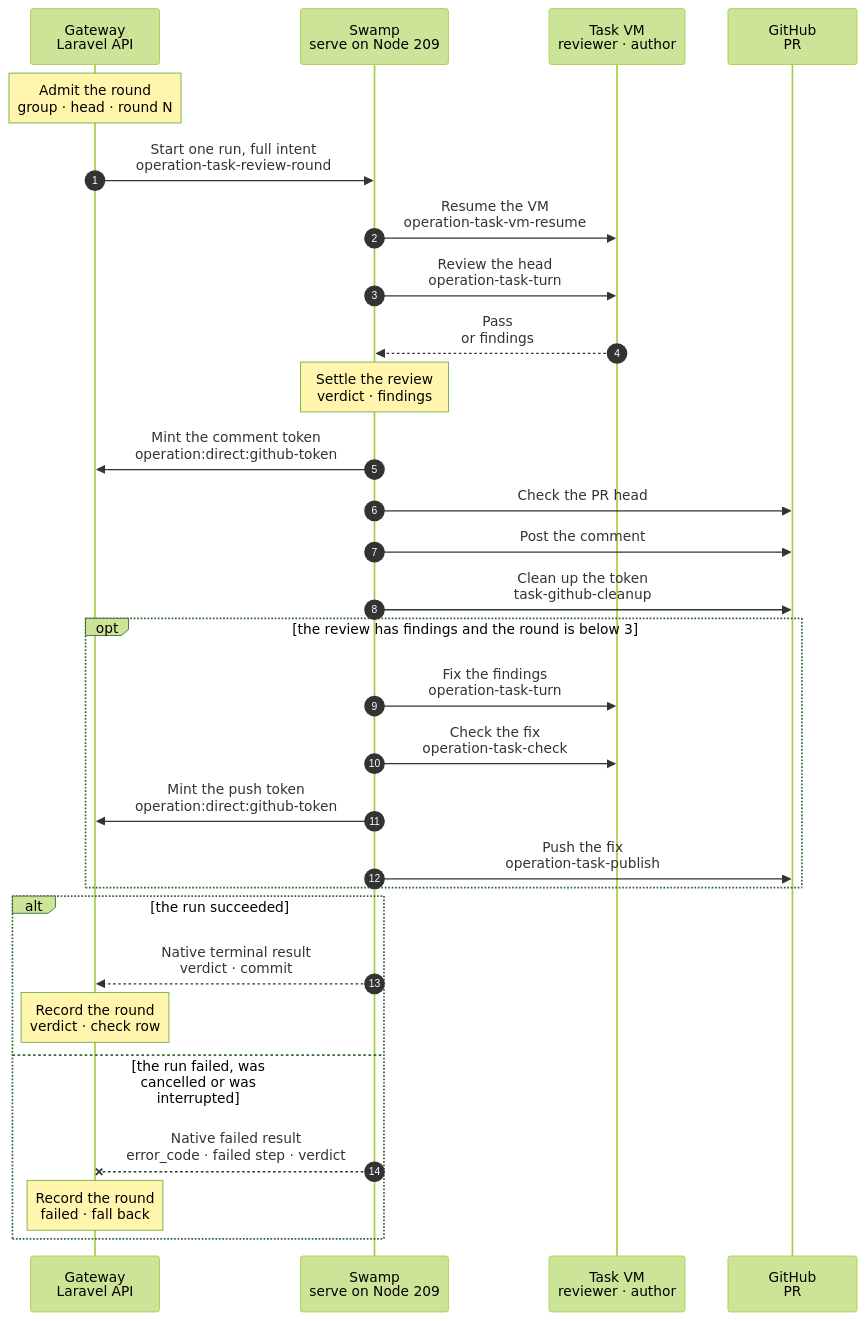
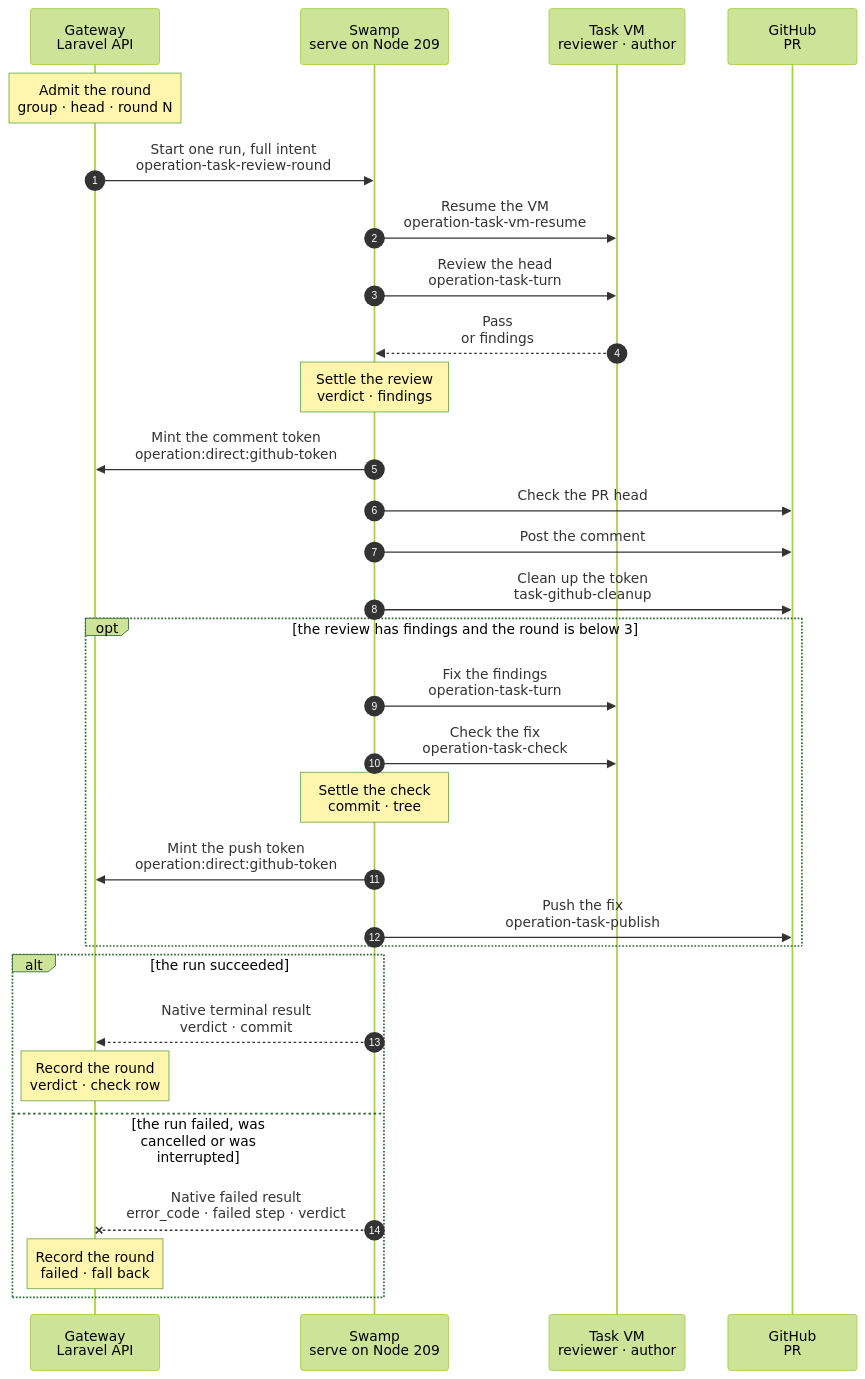
The diagram in docs/cli/tasks/review-round.mmd (hardimpactdev/orbit), drawn with Mermaid (forest theme) before and after one commit. The commit also changed 38 other files, not shown here.

First line of the commit message:
feat(tasks): one Swamp run for each automatic review round

```diff
--- a/docs/cli/tasks/review-round.mmd
+++ b/docs/cli/tasks/review-round.mmd
@@ -1,102 +1,108 @@
 sequenceDiagram
-  %% Target design: stage 4 of the command development pipeline (docs/reference/pipeline/4-pr-and-ci.mmd, "Admit a review round"): one Swamp run per round. The pattern of tasks:prep-fix: one admission, one parent Swamp run, existing workflows as children. It replaces the gate check driving the reviewer turn, the comment and the fix one admission at a time. Decided by the orchestrator, for Nick's review.
+  %% Target design: stage 4 of the command development pipeline (docs/reference/pipeline/4-pr-and-ci.mmd, "Admit a review round"): one Swamp run per round. The pattern of tasks:prep-fix: one admission, one parent Swamp run, existing workflows as children. It replaces the gate check driving the reviewer turn, the comment and the fix one admission at a time (about 60 s per hop). The comment steps are steps of this run; the standalone `tasks.pr_comment` operation and its chart are gone. Decided by the orchestrator, for Nick's review.
   %% status: draft
   %% kind: tasks.review_round
   autonumber
   %% lane GW icon=gateway pill=intent tone=blue
   %% lane SW icon=workflow pill=executes tone=green
   %% lane VM icon=terminal pill=target tone=amber
   %% lane GH icon=server pill=target tone=purple
   participant GW as Gateway<br/>Laravel API
   participant SW as Swamp<br/>serve on Node 209
   participant VM as Task VM<br/>reviewer · author
   participant GH as GitHub<br/>PR
   Note over GW: Admit the round<br/>group · head · round N
   %%> Who calls it:
   %%> - the gate check `tasks:pr-gate`, once for each head of a group in automatic mode; there is no command, route or MCP tool
   %%> Requirements:
   %%> - the group is an open external group of a review-and-merge Project, with a published PR that is out of draft, and no running operation
-  %%> - the PR head is eligible: a passed handoff candidate of the current subtask, or a head that an earlier round of this group pushed
+  %%> - the PR head is eligible: a passed handoff candidate of the current subtask, or the `pushed_commit` of an earlier round of this group; a pushed fix has no handoff check on its commit, because the PR's own CI is the merge check below
   %%> - the group used fewer than 3 rounds, and the merge check of the PR is green on the head
+  %%> - the task VM of the group is parked or running, and its Pi credential is there
   %%> What it does:
-  %%> - captures, in one transaction, the resume of the VM, the reviewer turn in a new thread, and the comment
+  %%> - captures, in one transaction, the resume of the VM and the reviewer turn in a new thread, with the repository and PR number of the comment
   %%> - in rounds 1 and 2 it also captures the fix: the author turn, the local check and the push. Round 3 captures no fix, so findings in round 3 end the run
   %%> - creates the check row of the fix as `running` and puts its id in the intent; the check has no hosted CI, so it needs no CI token
   %%> - the row belongs to the current open subtask of the group, as `tasks:check` does today; the base, the deliverables and the empty setup come from that subtask
   %%> - names the vault keys of the Pi token, the comment token and the push token; the run writes the Pi token when it starts, and each GitHub step mints its token when it runs
-  %%> - records the round (group, head, round number), so a repeat tick on the same head replays this Operation
-  %%> - the round row gets two new columns, the pushed commit and the check row; the three `fix_*_operation_id` columns go
+  %%> - records the round (group, head, round number, operation, check row) in the same transaction; the round row has the new columns `pushed_commit` and `check_id`, and the three `fix_*_operation_id` columns are gone
+  %%> - a repeat tick on the same head replays this Operation; the gate check admits nothing else for a round: no comment, no fix turn, no check and no push
   %%> Not captured:
   %%> - the findings: the fix prompt, the comment body and the pushed commit are built by the run from the settled review
   GW->>SW: Start one run, full intent<br/>operation-task-review-round
   %%> What it does:
   %%> - starts one Swamp run on serve (Node 209); no Node is a target
   %%> Inputs:
   %%> - the whole intent above and the vault key names of the credentials, never their values
   %%> - two steps of the run call the Gateway: the comment and the push mint their tokens when they start, with the run id of this run
   SW->>VM: Resume the VM<br/>operation-task-vm-resume
   %%> What it does:
   %%> - starts the parked VM and waits for its agent and Pi; the workspace and the Pi sessions are as the park left them
   SW->>VM: Review the head<br/>operation-task-turn
   %%> What it does:
   %%> - a new reviewer thread, with the role `reviewer`: an agent that took no part in the spec, the code or an earlier round
   %%> - it reads the PR head, the chart, the page, the cases and the CI result, and judges them against the review rules; it changes no file
   VM-->>SW: Pass<br/>or findings
   Note over SW: Settle the review<br/>verdict · findings
   %%> What it does:
-  %%> - a new `verdict` method of `@nckrtl/task-turn-data` turns the outcome of the reviewer into a verdict: pass, findings, or failed
+  %%> - the new `round` method of `@nckrtl/task-turn-data` turns the outcome of the reviewer into a verdict: pass, findings, or failed (a turn that left no result is failed)
   %%> - the findings become the end of the prompt of the fix turn and the body of the comment
   SW->>GW: Mint the comment token<br/>operation:direct:github-token
   %%> What it does:
   %%> - mints a token with only `pull_requests: write` into the vault key that admission named
   SW->>GH: Check the PR head
   %%> What it does:
   %%> - refuses a PR that is not open or whose head is not the head of the round, with `tasks_pr.head_moved`; the step may fail without failing the run, because the push refuses a moved branch itself
   SW->>GH: Post the comment
   %%> What it does:
   %%> - posts the verdict and the findings as a comment of the App, so Nick can read them
   %%> - the step may fail without failing the run: a comment that GitHub refused never loses the verdict or the fix
   %%> Why:
   %%> - the App opened the PR, and GitHub does not let an author approve its own PR, so the pass is recorded by the Gateway, not as a GitHub approval
   SW->>GH: Clean up the token<br/>task-github-cleanup
   %%> When:
   %%> - always, on success and failure
   opt the review has findings and the round is below 3
     SW->>VM: Fix the findings<br/>operation-task-turn
     %%> What it does:
     %%> - the author thread of the group gets the findings as its prompt and fixes them in the workspace
     %%> Refuses:
-    %%> - a turn that does not end with the outcome `ready_for_review`: nothing is checked or pushed
+    %%> - a turn that does not end with the outcome `ready_for_review`, read by the `outcome` method of `@nckrtl/task-turn-data` and checked by the step `Check the fix turn` (`tasks.review_fix_not_ready`): nothing is checked or pushed
     SW->>VM: Check the fix<br/>operation-task-check
     %%> What it does:
-    %%> - the handoff check of the Project on the workspace, as `tasks:check` runs it, without hosted CI: the PR runs its own CI on the pushed head
+    %%> - the handoff check of the Project on the workspace, as `tasks:check` runs it, without hosted CI (`check_name` is null): the PR runs its own CI on the pushed head
+    Note over SW: Settle the check<br/>commit · tree
+    %%> What it does:
+    %%> - the new `checked` method of `@nckrtl/task-turn-data` reads the output of the check: passed, and the commit and tree to push
     %%> Refuses:
-    %%> - a check that did not pass, or that ends `changed`, because the author must make the commit: nothing is pushed
+    %%> - a check that did not pass, or that ends `changed`, because the author must make the commit, with `tasks.review_fix_not_passed`: nothing is pushed
     SW->>GW: Mint the push token<br/>operation:direct:github-token
     SW->>GH: Push the fix<br/>operation-task-publish
     %%> What it does:
     %%> - pushes the checked commit to the branch of the PR without force, with `check: null` as `tasks:prep-fix` does; the commit, tree and refspec come from the output of the check
     %%> - the head moves; once the merge check is green on it, the gate check admits the next round
     %%> Refuses:
     %%> - a branch that moved since the park, with `tasks.not_fast_forward`; nothing is overwritten
   end
   alt the run succeeded
     SW-->>GW: Native terminal result<br/>verdict · commit
     %%> How the Gateway learns it:
     %%> - its shared run reader sees the terminal event; Swamp never calls the Gateway
     Note over GW: Record the round<br/>verdict · check row
     %%> Result:
-    %%> - the Gateway records the verdict and the findings of that head and round, updates the check row from the output of the check, and records the pushed commit on the round, so that `eligible()` accepts it as the next head
-    %%> - a pass, or round 3, leaves no fix: the check row is set to `cancelled`
+    %%> - the Gateway records the verdict and the findings of that head and round, updates the check row from the output of the check, and records the pushed commit on the round, so that the next admission accepts it as a head
+    %%> - a pass leaves no fix: the check row is set to `cancelled`; round 3 captured none
     %%> - a pass lets the gate check admit the merge step
+    %%> - findings with a pushed commit leave the group in automatic mode: the head moves, and the gate check admits the next round on it
   else the run failed, was cancelled or was interrupted
     SW--xGW: Native failed result<br/>error_code · failed step · verdict
     %%> The Gateway reads:
-    %%> - which step failed and its error code; the result keeps the verdict when the review ended, even if the fix did not pass
+    %%> - which step failed and its error code; the result keeps `findings` when the review ended with findings, even if the fix did not pass, and never keeps a `pass`: a run that ended in error is `failed`, so the merge step cannot follow it
     Note over GW: Record the round<br/>failed · fall back
     %%> Result:
     %%> - every end records the round: the verdict the run reached, or `failed` when it reached none, so the gate never waits on a round that ended; the check row is closed as `failed` or `cancelled`
     %%> - after round 3 with findings, a failed round, or a failed fix, the gate check switches the group to manual mode; the ready step then requests the review of Nick
-    %%> - the same holds when the merge check is red on a head that a round pushed
+    %%> Not built:
+    %%> - the same switch when the merge check is red on a head that a round pushed: the gate check keeps skipping that head, as it did before this run existed
     %%> - a group that is cancelled or completed stops the run as `tasks:cancel` stops any operation of the group, and nothing falls back
   end
```
